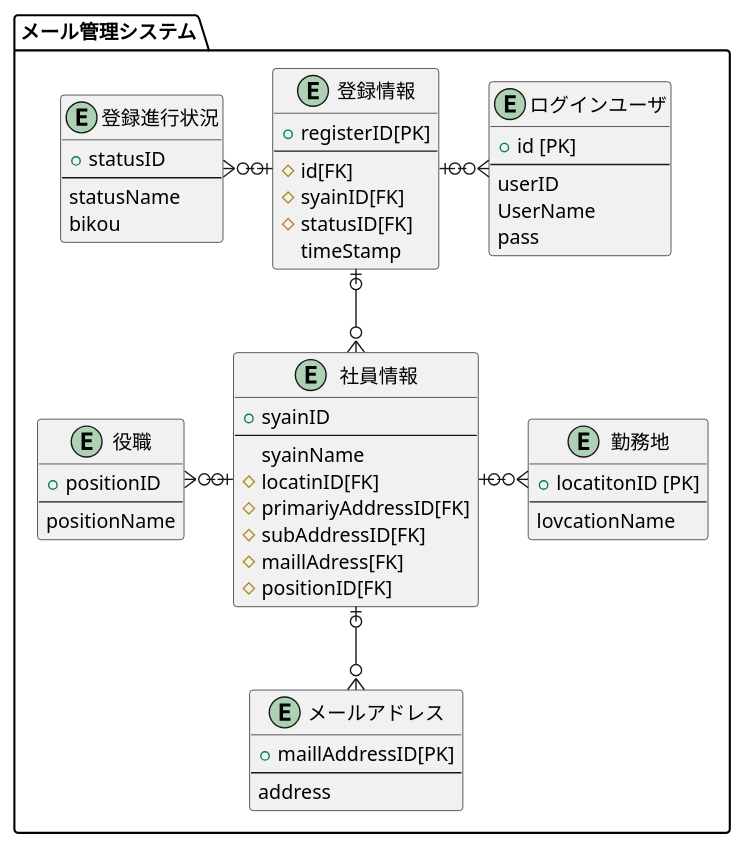
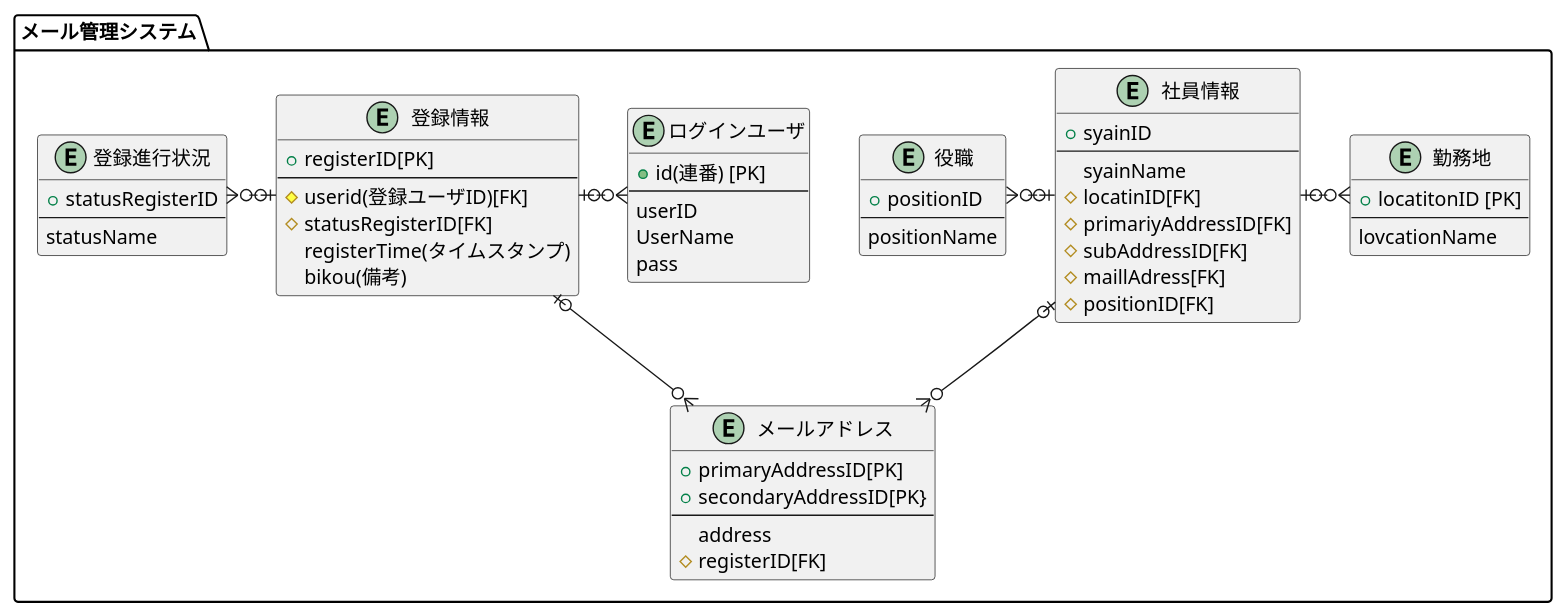
Before and after one commit to KKimishima/MailAdmin: the diagram in doc/UML/ER.puml, drawn with PlantUML. The commit also changed 3 other files, not shown here.

```diff
--- a/doc/UML/ER.puml
+++ b/doc/UML/ER.puml
@@ -1,58 +1,59 @@
 @startuml
 package "メール管理システム" {
     entity "ログインユーザ" as loginUser {
-        + id [PK]
+        + id(連番) [PK]
         ----
         userID
         UserName
         pass
     }
     entity "勤務地" as location{
         + locatitonID [PK]
         ---
         lovcationName
     }
     entity "メールアドレス" as maillAddress{
-        + maillAddressID[PK]
+        + primaryAddressID[PK]
+        + secondaryAddressID[PK}
         ---
         address
+        # registerID[FK]
     }
     entity "役職" as position{
         + positionID
         ---
         positionName
     }
     entity "社員情報" as syainInfo{
         + syainID
         ---
         syainName
         # locatinID[FK]
         # primariyAddressID[FK]
         # subAddressID[FK]
         # maillAdress[FK]
         # positionID[FK]
     }
     entity "登録進行状況" as statusRegiser{
-        + statusID
+        + statusRegisterID
         ---
         statusName
-        bikou
     }
     entity "登録情報" as regiseter{
         + registerID[PK]
         ----
-        # id[FK]
-        # syainID[FK]
-        # statusID[FK]
-         timeStamp
+        # userid(登録ユーザID)[FK]
+        # statusRegisterID[FK]
+        registerTime(タイムスタンプ)
+        bikou(備考)
     }
 
     maillAddress }o-u-o| syainInfo
     syainInfo |o--l-o{ position
     syainInfo |o-ri-o{ location
     regiseter |o-ri-o{ loginUser
     regiseter |o-l-o{ statusRegiser
-    regiseter |o--o{ syainInfo
+    regiseter  |o--o{maillAddress
 
 }
 @enduml
```
